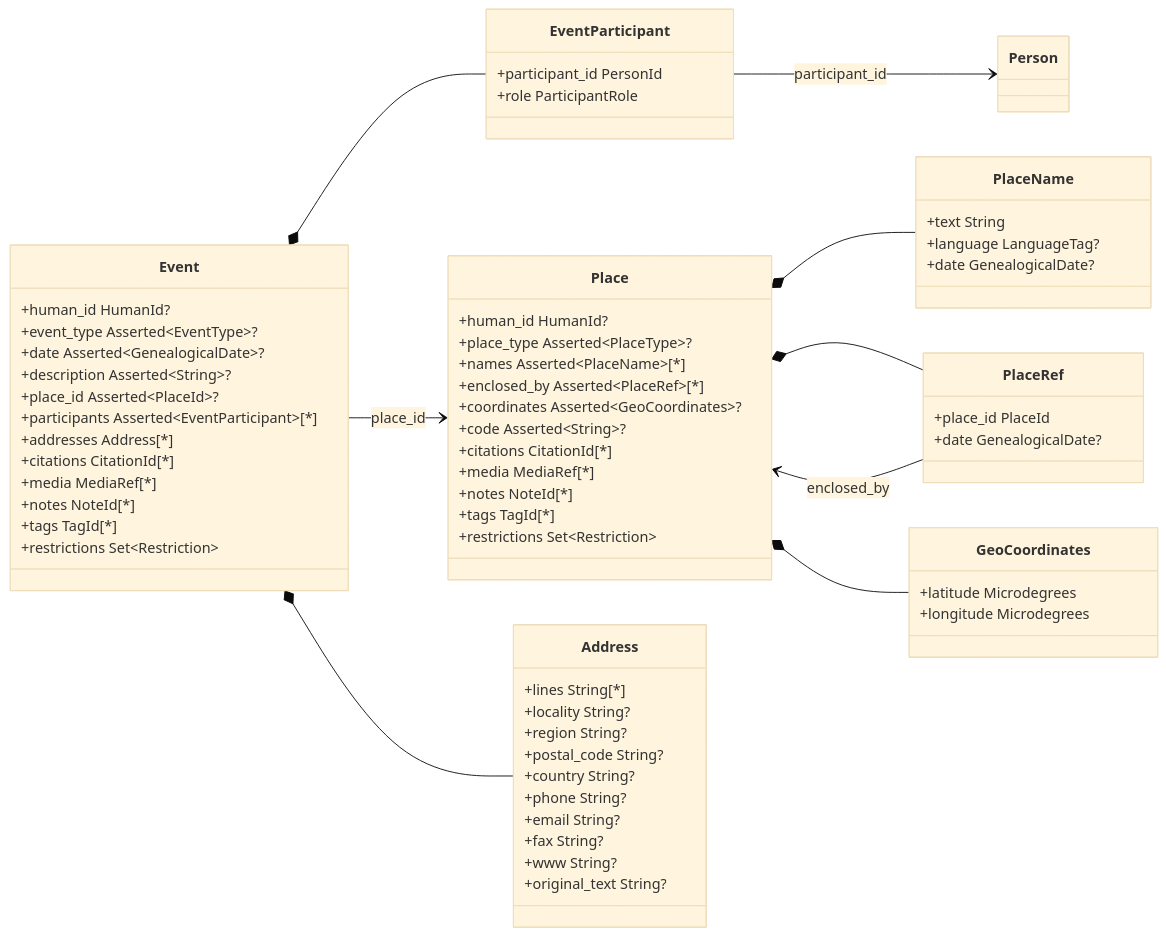
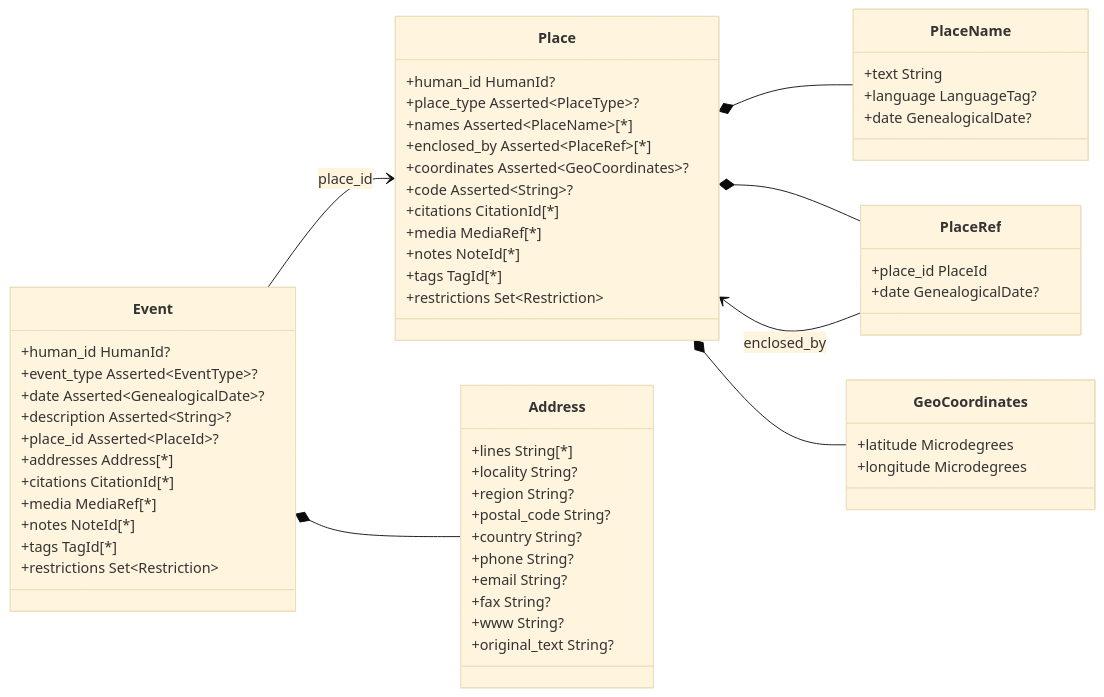
The fourth of 7 diagrams in docs/data-model-diagram.md (magne/vitni), drawn with Mermaid (base theme) before and after one commit. The commit also changed other lines of this file and 29 other files, not shown here.

````diff
--- a/docs/data-model-diagram.md
+++ b/docs/data-model-diagram.md
@@ -311,71 +310,64 @@
 ```mermaid
 classDiagram
     direction LR
 
     class Event {
         +human_id HumanId?
         +event_type Asserted~EventType~?
         +date Asserted~GenealogicalDate~?
         +description Asserted~String~?
         +place_id Asserted~PlaceId~?
-        +participants Asserted~EventParticipant~[*]
         +addresses Address[*]
         +citations CitationId[*]
         +media MediaRef[*]
         +notes NoteId[*]
         +tags TagId[*]
         +restrictions Set~Restriction~
-    }
-    class EventParticipant {
-        +participant_id PersonId
-        +role ParticipantRole
     }
     class Place {
         +human_id HumanId?
         +place_type Asserted~PlaceType~?
         +names Asserted~PlaceName~[*]
         +enclosed_by Asserted~PlaceRef~[*]
         +coordinates Asserted~GeoCoordinates~?
         +code Asserted~String~?
         +citations CitationId[*]
         +media MediaRef[*]
         +notes NoteId[*]
         +tags TagId[*]
         +restrictions Set~Restriction~
     }
     class PlaceName {
         +text String
         +language LanguageTag?
         +date GenealogicalDate?
     }
     class PlaceRef {
         +place_id PlaceId
         +date GenealogicalDate?
     }
     class GeoCoordinates {
         +latitude Microdegrees
         +longitude Microdegrees
     }
     class Address {
         +lines String[*]
         +locality String?
         +region String?
         +postal_code String?
         +country String?
         +phone String?
         +email String?
         +fax String?
         +www String?
         +original_text String?
     }
 
-    Event *-- EventParticipant
     Event *-- Address
     Place *-- PlaceName
     Place *-- PlaceRef
     Place *-- GeoCoordinates
 
-    EventParticipant --> Person : participant_id
     Event --> Place : place_id
     PlaceRef --> Place : enclosed_by
 ```
````
